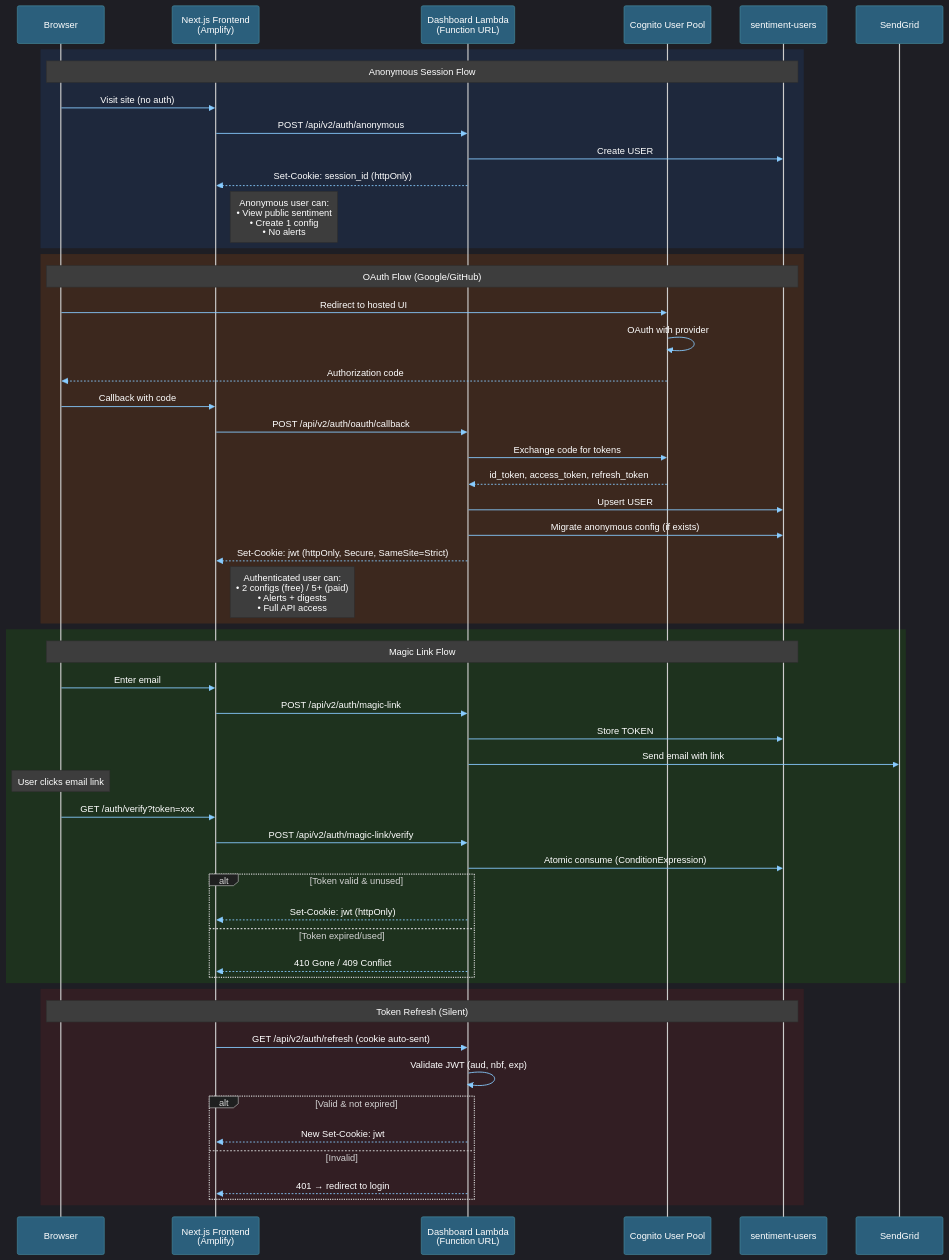
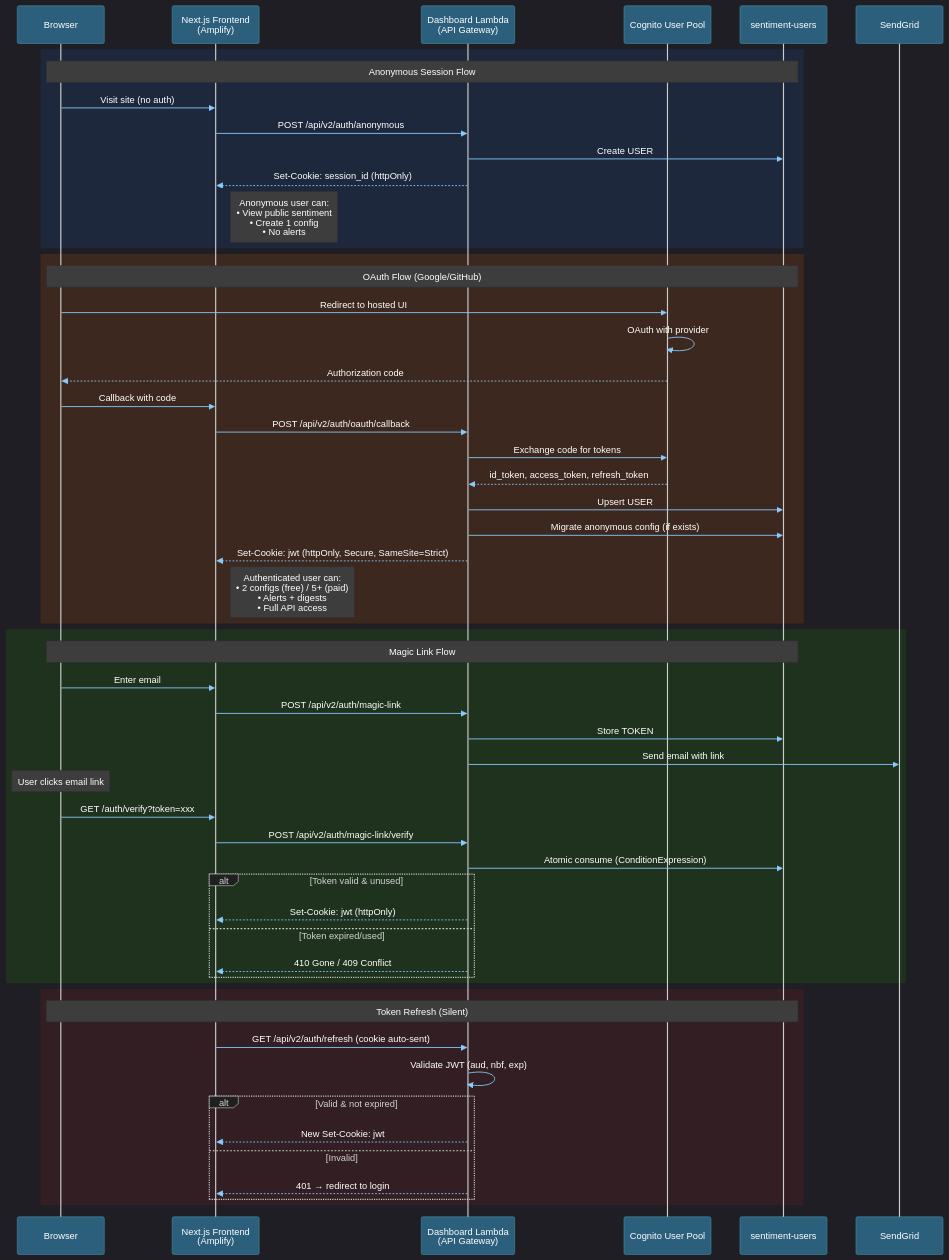
The fifth of 5 diagrams in README.md (traylorre/sentiment-analyzer-gsk), drawn with Mermaid before and after one commit. The commit also changed other lines of this file and 17 other files, not shown here.

First line of the commit message:
fix(docs): Excise phantom architecture components and hardcoded URLs

````diff
--- a/README.md
+++ b/README.md
@@ -494,61 +494,61 @@
 ```mermaid
 %%{init: {"theme": "dark", "themeVariables": {"primaryColor": "#4A90A4", "lineColor": "#88CCFF", "primaryTextColor": "#FFFFFF", "actorTextColor": "#FFFFFF", "actorBkg": "#2B5F7C", "actorBorder": "#4A90A4", "signalColor": "#88CCFF", "signalTextColor": "#FFFFFF", "noteBkgColor": "#3D3D3D", "noteTextColor": "#FFFFFF", "activationBkgColor": "#2d2d2d"}}}%%
 sequenceDiagram
     participant Browser
     participant Frontend as Next.js Frontend<br/>(Amplify)
-    participant Dashboard as Dashboard Lambda<br/>(Function URL)
+    participant Dashboard as Dashboard Lambda<br/>(API Gateway)
     participant Cognito as Cognito User Pool
     participant Users as sentiment-users
 
     rect rgb(30, 40, 60)
         Note over Browser,Users: Anonymous Session Flow
         Browser->>Frontend: Visit site (no auth)
         Frontend->>Dashboard: POST /api/v2/auth/anonymous
         Dashboard->>Users: Create USER#{uuid}
         Dashboard-->>Frontend: Set-Cookie: session_id (httpOnly)
         Note right of Frontend: Anonymous user can:<br/>• View public sentiment<br/>• Create 1 config<br/>• No alerts
     end
 
     rect rgb(60, 40, 30)
         Note over Browser,Users: OAuth Flow (Google/GitHub)
         Browser->>Cognito: Redirect to hosted UI
         Cognito->>Cognito: OAuth with provider
         Cognito-->>Browser: Authorization code
         Browser->>Frontend: Callback with code
         Frontend->>Dashboard: POST /api/v2/auth/oauth/callback
         Dashboard->>Cognito: Exchange code for tokens
         Cognito-->>Dashboard: id_token, access_token, refresh_token
         Dashboard->>Users: Upsert USER#{cognito_sub}
         Dashboard->>Users: Migrate anonymous config (if exists)
         Dashboard-->>Frontend: Set-Cookie: jwt (httpOnly, Secure, SameSite=Strict)
         Note right of Frontend: Authenticated user can:<br/>• 2 configs (free) / 5+ (paid)<br/>• Alerts + digests<br/>• Full API access
     end
 
     rect rgb(30, 50, 30)
         Note over Browser,Users: Magic Link Flow
         Browser->>Frontend: Enter email
         Frontend->>Dashboard: POST /api/v2/auth/magic-link
         Dashboard->>Users: Store TOKEN#{random_256bit} (TTL: 15min)
         Dashboard->>SendGrid: Send email with link
         Note over Browser: User clicks email link
         Browser->>Frontend: GET /auth/verify?token=xxx
         Frontend->>Dashboard: POST /api/v2/auth/magic-link/verify
         Dashboard->>Users: Atomic consume (ConditionExpression)
         alt Token valid & unused
             Dashboard-->>Frontend: Set-Cookie: jwt (httpOnly)
         else Token expired/used
             Dashboard-->>Frontend: 410 Gone / 409 Conflict
         end
     end
 
     rect rgb(50, 30, 35)
         Note over Browser,Users: Token Refresh (Silent)
         Frontend->>Dashboard: GET /api/v2/auth/refresh (cookie auto-sent)
         Dashboard->>Dashboard: Validate JWT (aud, nbf, exp)
         alt Valid & not expired
             Dashboard-->>Frontend: New Set-Cookie: jwt
         else Invalid
             Dashboard-->>Frontend: 401 → redirect to login
         end
     end
 ```
````
